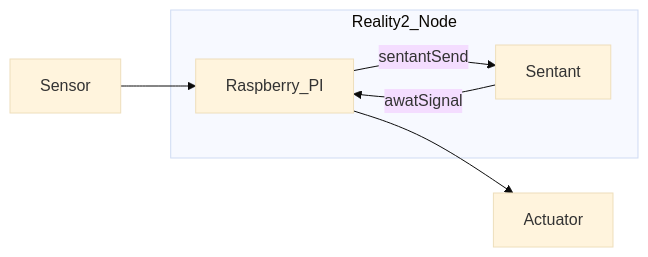
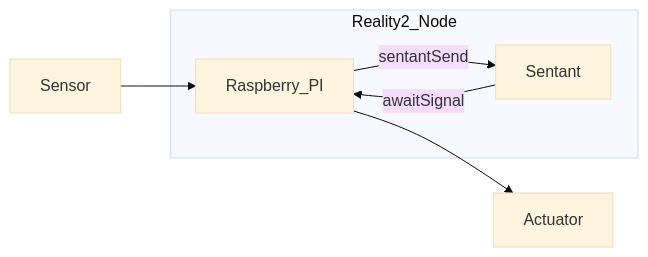
One commit to reality-two/reality2-node-core-elixir changed the diagram in docs/instructions/9 Single Board Computers/README.md. Above: the diagram before and after it, drawn with Mermaid (base theme). The commit also changed 8 other files, not shown here.

````diff
--- a/docs/instructions/9 Single Board Computers/README.md
+++ b/docs/instructions/9 Single Board Computers/README.md
@@ -12,9 +12,9 @@
    ```mermaid
    flowchart LR
        Sensor --> Raspberry_PI
        Raspberry_PI --> Actuator
        subgraph Reality2_Node
        Raspberry_PI -- sentantSend --> Sentant
-       Sentant -- awatSignal --> Raspberry_PI
+       Sentant -- awaitSignal --> Raspberry_PI
        end
    ```
````
